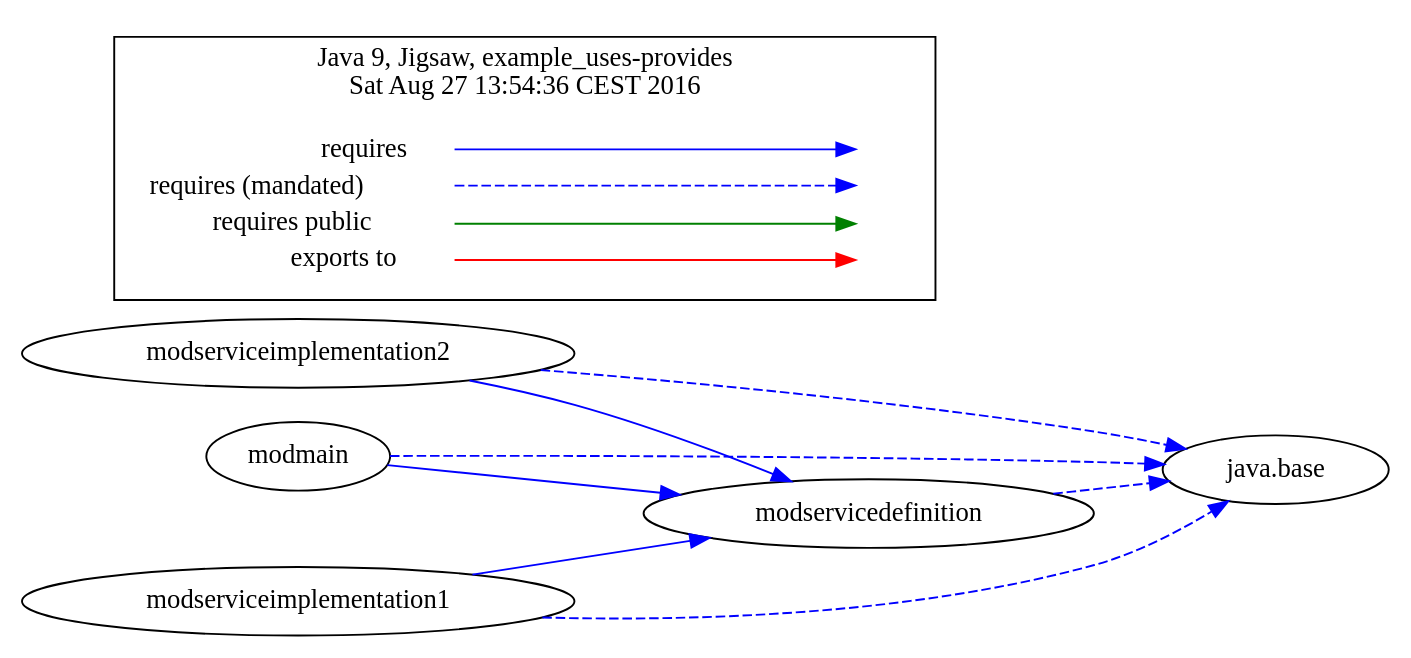
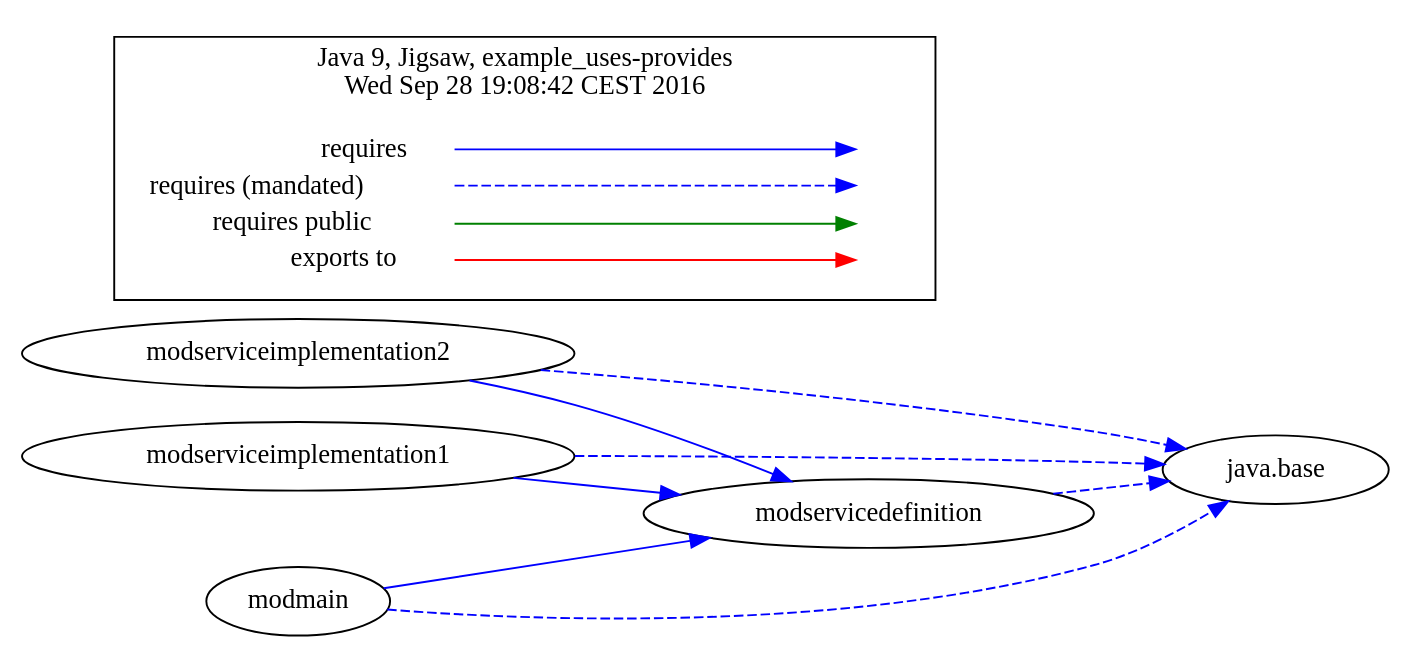
One commit to accso/java9-jigsaw-examples changed the diagram in jigsaw-examples/example_uses-provides/moduledependencies-withlegend.dot. Above: the diagram before and after it, drawn with Graphviz. The commit also changed 117 other files, not shown here.

```diff
--- a/jigsaw-examples/example_uses-provides/moduledependencies-withlegend.dot
+++ b/jigsaw-examples/example_uses-provides/moduledependencies-withlegend.dot
@@ -1,38 +1,38 @@
-# Created by depvis.JigsawDepVisualizer on Sat Aug 27 13:54:36 CEST 2016
+# Created by depvis.JigsawDepVisualizer on Wed Sep 28 19:08:41 CEST 2016
 digraph Java9_Dependency_Visualizer {
-modserviceimplementation1[fontname="Consolas",shape="ellipse",label="modserviceimplementation1"];
 modservicedefinition[fontname="Consolas",shape="ellipse",label="modservicedefinition"];
 java_base[fontname="Consolas",shape="ellipse",label="java.base"];
+modmain[fontname="Consolas",shape="ellipse",label="modmain"];
 modserviceimplementation2[fontname="Consolas",shape="ellipse",label="modserviceimplementation2"];
-modmain[fontname="Consolas",shape="ellipse",label="modmain"];
+modserviceimplementation1[fontname="Consolas",shape="ellipse",label="modserviceimplementation1"];
+modservicedefinition -> java_base[color="#0000ff",fontname="Consolas",fontcolor="#0000ff",style="dashed",weight="16"]
+modmain -> modservicedefinition[color="#0000ff",fontname="Consolas",fontcolor="#0000ff",weight="8"]
+modmain -> java_base[color="#0000ff",fontname="Consolas",fontcolor="#0000ff",style="dashed",weight="16"]
+modserviceimplementation2 -> modservicedefinition[color="#0000ff",fontname="Consolas",fontcolor="#0000ff",weight="8"]
+modserviceimplementation2 -> java_base[color="#0000ff",fontname="Consolas",fontcolor="#0000ff",style="dashed",weight="16"]
 modserviceimplementation1 -> modservicedefinition[color="#0000ff",fontname="Consolas",fontcolor="#0000ff",weight="8"]
 modserviceimplementation1 -> java_base[color="#0000ff",fontname="Consolas",fontcolor="#0000ff",style="dashed",weight="16"]
-modservicedefinition -> java_base[color="#0000ff",fontname="Consolas",fontcolor="#0000ff",style="dashed",weight="16"]
-modserviceimplementation2 -> modservicedefinition[color="#0000ff",fontname="Consolas",fontcolor="#0000ff",weight="8"]
-modserviceimplementation2 -> java_base[color="#0000ff",fontname="Consolas",fontcolor="#0000ff",style="dashed",weight="16"]
-modmain -> modservicedefinition[color="#0000ff",fontname="Consolas",fontcolor="#0000ff",weight="8"]
-modmain -> java_base[color="#0000ff",fontname="Consolas",fontcolor="#0000ff",style="dashed",weight="16"]
 rankdir=LR
 node [shape=plaintext]
 subgraph cluster_01 { 
   label = "Java 9, Jigsaw, example_uses-provides
-Sat Aug 27 13:54:36 CEST 2016"
+Wed Sep 28 19:08:42 CEST 2016"
   fontname="Consolas"
   key [label=<<table border="0" cellpadding="2" cellspacing="0" cellborder="0">
     <tr><td align="right" port="i1">requires</td></tr>
     <tr><td align="right" port="i2">requires (mandated)</td></tr>
     <tr><td align="right" port="i3">requires public</td></tr>
     <tr><td align="right" port="i4">exports to</td></tr>
     </table>>,fontname="Consolas"]
   key2 [label=<<table border="0" cellpadding="2" cellspacing="0" cellborder="0">
     <tr><td port="i1">&nbsp;</td></tr>
     <tr><td port="i2">&nbsp;</td></tr>
     <tr><td port="i3">&nbsp;</td></tr>
     <tr><td port="i4">&nbsp;</td></tr>
     </table>>,fontname="Consolas"]
   key:i1:e -> key2:i1:w [color=BLUE]
   key:i2:e -> key2:i2:w [color=BLUE, style=dashed]
   key:i3:e -> key2:i3:w [color=GREEN]
   key:i4:e -> key2:i4:w [color=RED]
 }
 }
```
